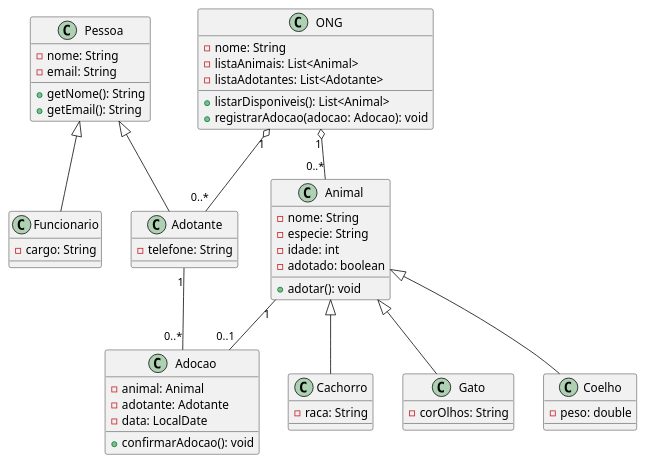
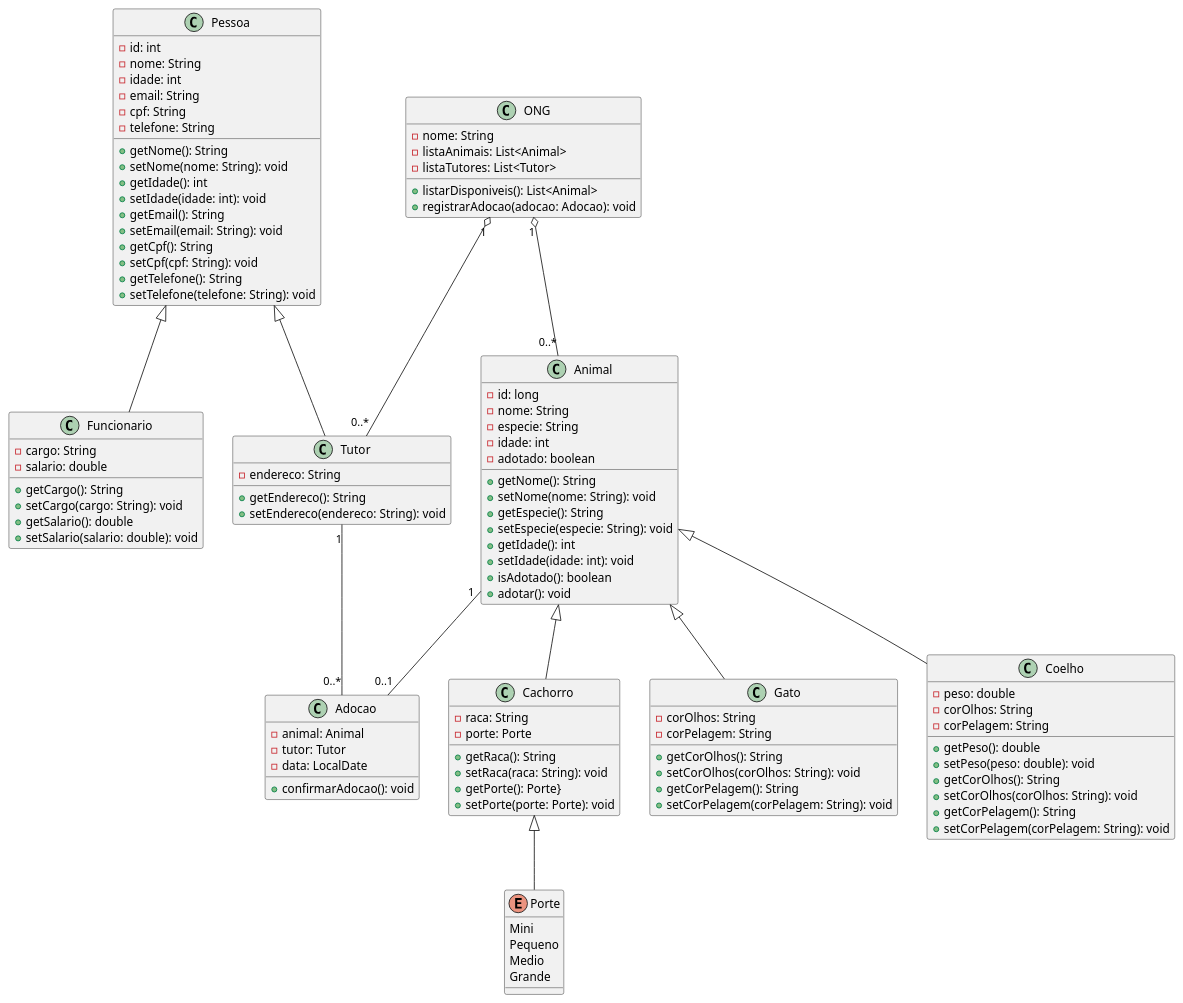
The diagram in diagrams/classes.puml (rogerio-silva/aulas_poo_ii_2025), drawn with PlantUML before and after one commit. The commit also changed 13 other files, not shown here.

```diff
--- a/diagrams/classes.puml
+++ b/diagrams/classes.puml
@@ -1,65 +1,118 @@
 @startuml MeAuPet
 
 class Pessoa {
-  - nome: String
-  - email: String
-  + getNome(): String
-  + getEmail(): String
+    - id: int
+    - nome: String
+    - idade: int
+    - email: String
+    - cpf: String
+    - telefone: String
+    + getNome(): String
+    + setNome(nome: String): void
+    + getIdade(): int
+    + setIdade(idade: int): void
+    + getEmail(): String
+    + setEmail(email: String): void
+    + getCpf(): String
+    + setCpf(cpf: String): void
+    + getTelefone(): String
+    + setTelefone(telefone: String): void
 }
 
-class Adotante {
-  - telefone: String
+class Tutor {
+    - endereco: String
+    + getEndereco(): String
+    + setEndereco(endereco: String): void
 }
 
 class Funcionario {
-  - cargo: String
+    - cargo: String
+    - salario: double
+    + getCargo(): String
+    + setCargo(cargo: String): void
+    + getSalario(): double
+    + setSalario(salario: double): void
 }
 
-Pessoa <|-- Adotante
+Pessoa <|-- Tutor
 Pessoa <|-- Funcionario
 
 class Animal {
-  - nome: String
-  - especie: String
-  - idade: int
-  - adotado: boolean
-  + adotar(): void
+    - id: long
+    - nome: String
+    - especie: String
+    - idade: int
+    - adotado: boolean
+    + getNome(): String
+    + setNome(nome: String): void
+    + getEspecie(): String
+    + setEspecie(especie: String): void
+    + getIdade(): int
+    + setIdade(idade: int): void
+    + isAdotado(): boolean
+    + adotar(): void
 }
 
 class Cachorro {
-  - raca: String
+    - raca: String
+    - porte: Porte
+    + getRaca(): String
+    + setRaca(raca: String): void
+    + getPorte(): Porte}
+    + setPorte(porte: Porte): void
+}
+
+enum Porte{
+    Mini
+    Pequeno
+    Medio
+    Grande
 }
 
 class Gato {
-  - corOlhos: String
+    - corOlhos: String
+    - corPelagem: String
+    + getCorOlhos(): String
+    + setCorOlhos(corOlhos: String): void
+    + getCorPelagem(): String
+    + setCorPelagem(corPelagem: String): void
 }
 
 class Coelho {
-  - peso: double
+    - peso: double
+    - corOlhos: String
+    - corPelagem: String
+    + getPeso(): double
+    + setPeso(peso: double): void
+    + getCorOlhos(): String
+    + setCorOlhos(corOlhos: String): void
+    + getCorPelagem(): String
+    + setCorPelagem(corPelagem: String): void
 }
 
 Animal <|-- Cachorro
 Animal <|-- Gato
 Animal <|-- Coelho
+Cachorro <|-- Porte
 
 class Adocao {
   - animal: Animal
-  - adotante: Adotante
+  - tutor: Tutor
   - data: LocalDate
   + confirmarAdocao(): void
 }
 
 class ONG {
   - nome: String
   - listaAnimais: List<Animal>
-  - listaAdotantes: List<Adotante>
+  - listaTutores: List<Tutor>
   + listarDisponiveis(): List<Animal>
   + registrarAdocao(adocao: Adocao): void
 }
 
-Adotante "1" -- "0..*" Adocao
+Tutor "1" -- "0..*" Adocao
 Animal "1" -- "0..1" Adocao
 ONG "1" o-- "0..*" Animal
-ONG "1" o-- "0..*" Adotante
+ONG "1" o-- "0..*" Tutor
 
 @enduml
```
